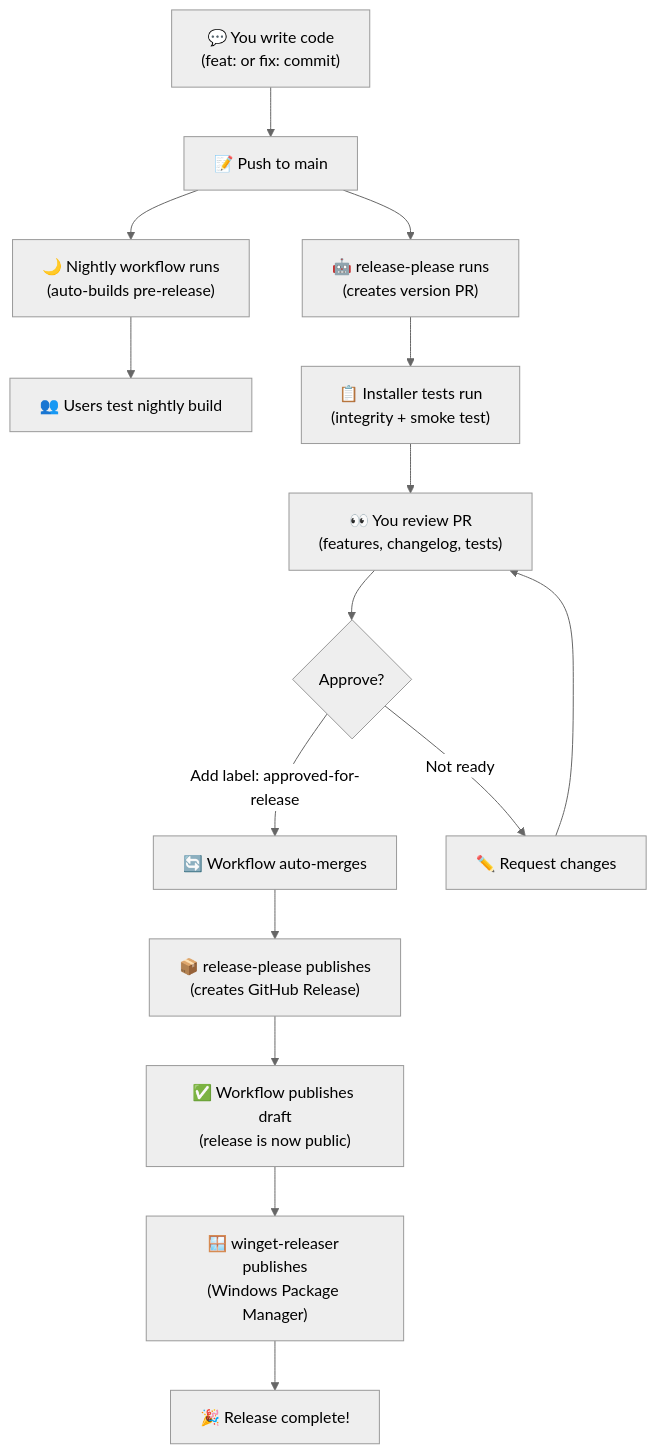
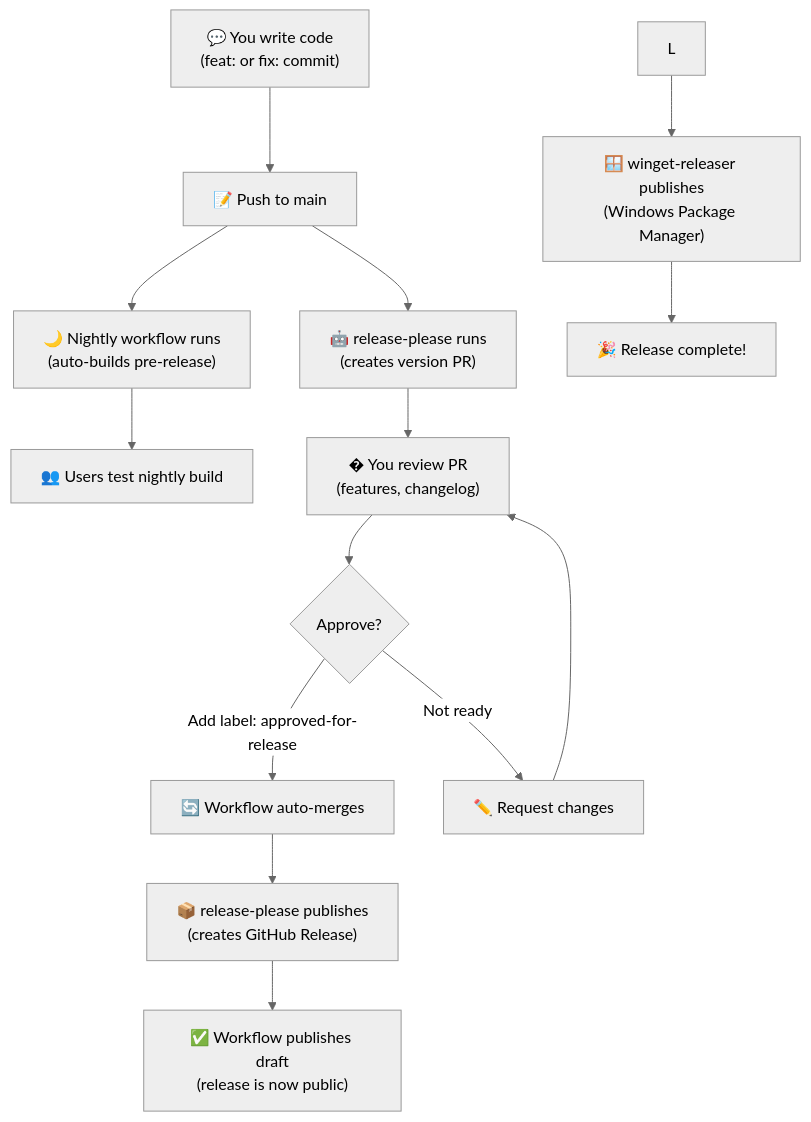
Before and after one commit to MFelida/OverKeys: the diagram in CI_CD_REVAMP_GUIDE.md, drawn with Mermaid (neutral theme). The commit also changed other lines of this file and 5 other files, not shown here.

Commit message:
ci: remove installer integrity tests from nightly and release pipelines

````diff
--- a/CI_CD_REVAMP_GUIDE.md
+++ b/CI_CD_REVAMP_GUIDE.md
@@ -180,20 +164,19 @@
 ```mermaid
 graph TD
     A["💬 You write code\n(feat: or fix: commit)"] --> B["📝 Push to main"]
     B --> C["🌙 Nightly workflow runs\n(auto-builds pre-release)"]
     C --> D["👥 Users test nightly build"]
 
     B --> E["🤖 release-please runs\n(creates version PR)"]
-    E --> F["📋 Installer tests run\n(integrity + smoke test)"]
-    F --> G["👀 You review PR\n(features, changelog, tests)"]
+    E --> F["� You review PR\n(features, changelog)"]
 
-    G --> H{"Approve?"}
-    H -->|"Add label: approved-for-release"| I["🔄 Workflow auto-merges"]
-    H -->|"Not ready"| J["✏️ Request changes"]
-    J --> G
+    F --> G{"Approve?"}
+    G -->|"Add label: approved-for-release"| H["🔄 Workflow auto-merges"]
+    G -->|"Not ready"| I["✏️ Request changes"]
+    I --> F
 
-    I --> K["📦 release-please publishes\n(creates GitHub Release)"]
-    K --> L["✅ Workflow publishes draft\n(release is now public)"]
+    H --> J["📦 release-please publishes\n(creates GitHub Release)"]
+    J --> K["✅ Workflow publishes draft\n(release is now public)"]
     L --> M["🪟 winget-releaser publishes\n(Windows Package Manager)"]
     M --> N["🎉 Release complete!"]
 ```
````
